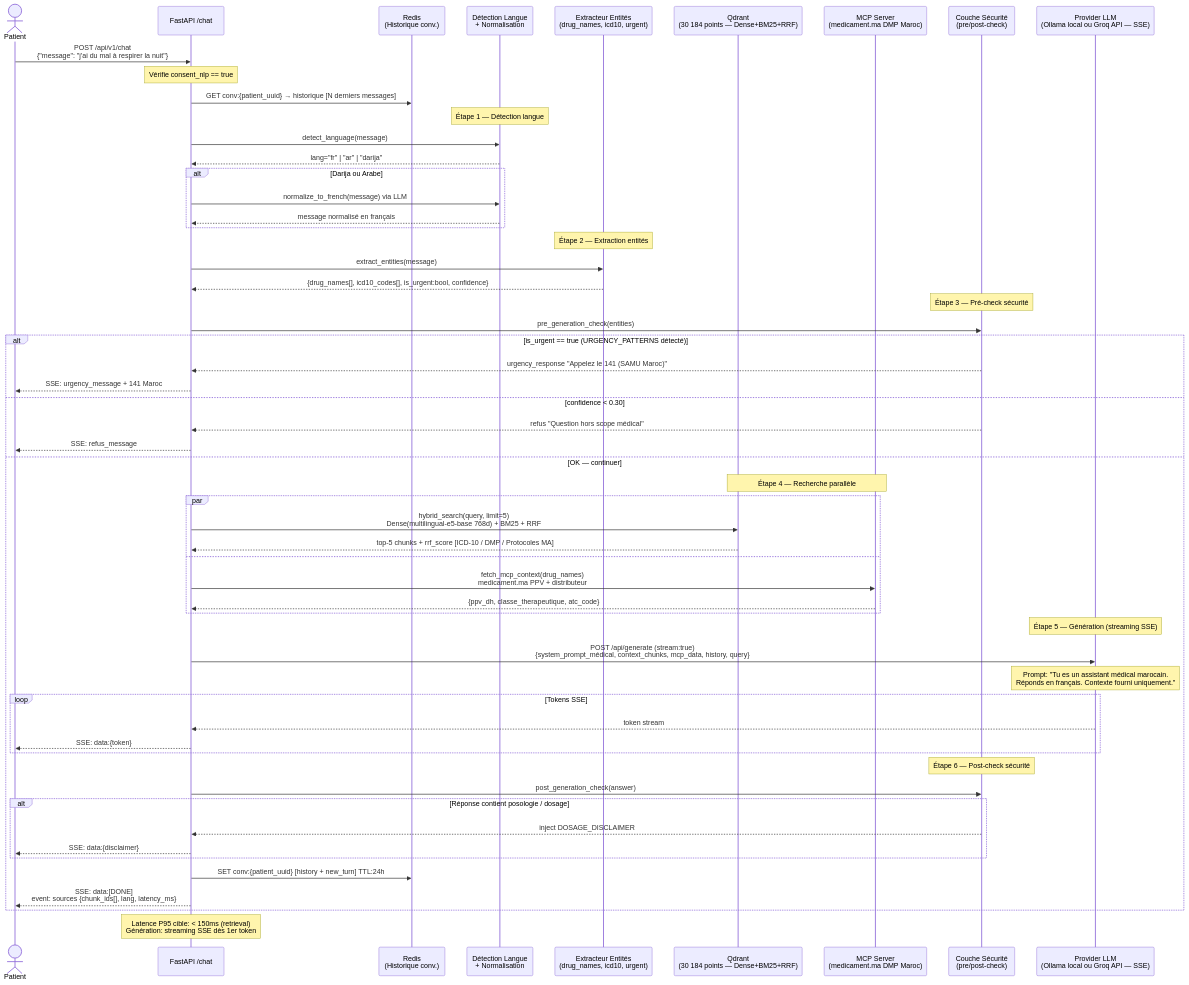
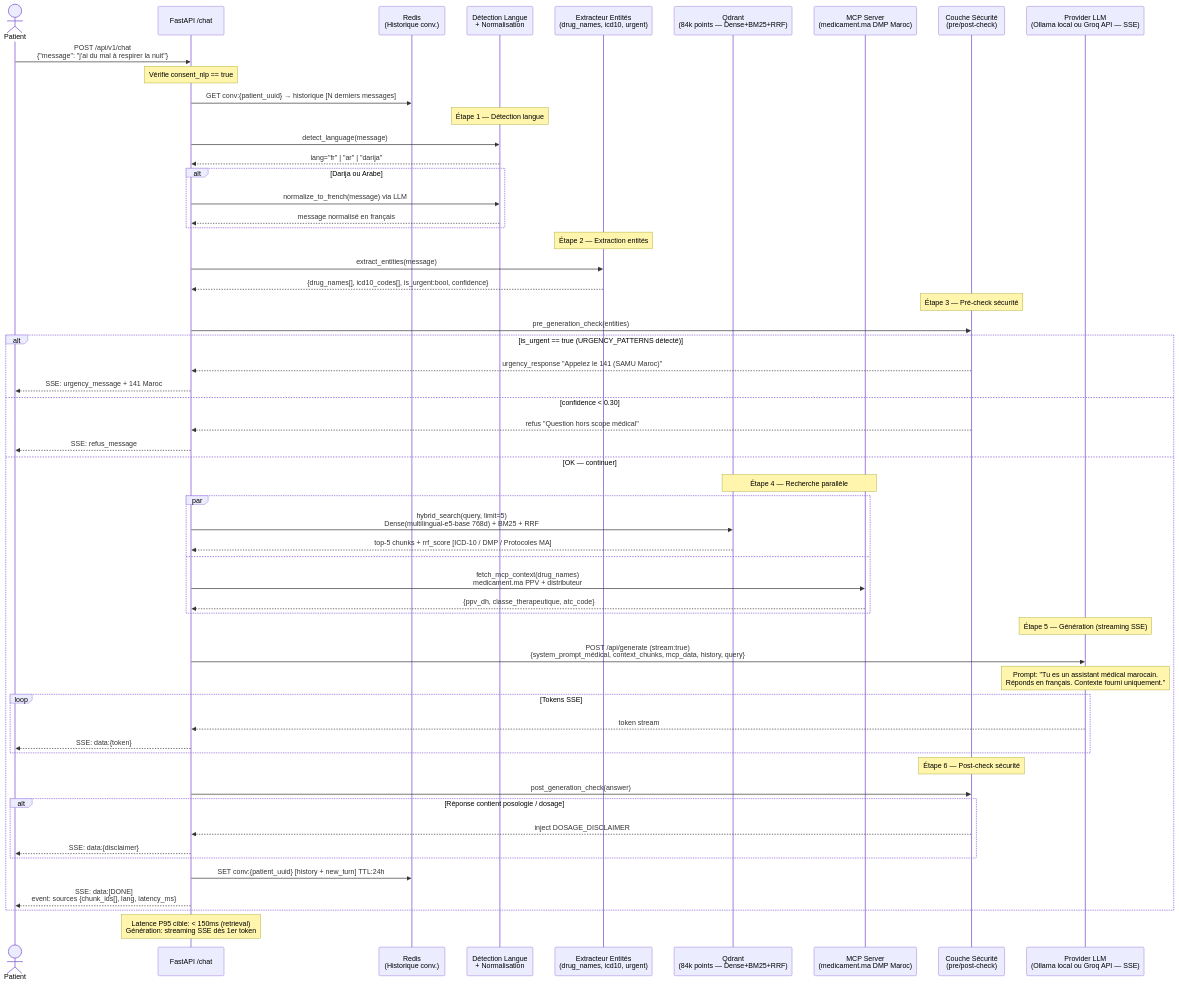
Before and after one commit to Boussyf0/MediSense-AI: diagram 19 of 32 in docs/DIAGRAMMES.md, drawn with Mermaid. The commit also changed other lines of this file and 3 other files, not shown here.

````diff
--- a/docs/DIAGRAMMES.md
+++ b/docs/DIAGRAMMES.md
@@ -824,67 +824,67 @@
 ```mermaid
 sequenceDiagram
     actor Patient
     participant API as FastAPI /chat
     participant REDIS as Redis<br/>(Historique conv.)
     participant LANG as Détection Langue<br/>+ Normalisation
     participant NLP as Extracteur Entités<br/>(drug_names, icd10, urgent)
-    participant QDR as Qdrant<br/>(30 184 points — Dense+BM25+RRF)
+    participant QDR as Qdrant<br/>(84k points — Dense+BM25+RRF)
     participant MCP as MCP Server<br/>(medicament.ma DMP Maroc)
     participant SAFE as Couche Sécurité<br/>(pre/post-check)
     participant LLM as Provider LLM<br/>(Ollama local ou Groq API — SSE)
 
     Patient->>API: POST /api/v1/chat<br/>{"message": "j'ai du mal à respirer la nuit"}
     Note over API: Vérifie consent_nlp == true
 
     API->>REDIS: GET conv:{patient_uuid} → historique [N derniers messages]
 
     Note over LANG: Étape 1 — Détection langue
     API->>LANG: detect_language(message)
     LANG-->>API: lang="fr" | "ar" | "darija"
     alt Darija ou Arabe
         API->>LANG: normalize_to_french(message) via LLM
         LANG-->>API: message normalisé en français
     end
 
     Note over NLP: Étape 2 — Extraction entités
     API->>NLP: extract_entities(message)
     NLP-->>API: {drug_names[], icd10_codes[], is_urgent:bool, confidence}
 
     Note over SAFE: Étape 3 — Pré-check sécurité
     API->>SAFE: pre_generation_check(entities)
     alt is_urgent == true (URGENCY_PATTERNS détecté)
         SAFE-->>API: urgency_response "Appelez le 141 (SAMU Maroc)"
         API-->>Patient: SSE: urgency_message + 141 Maroc
     else confidence < 0.30
         SAFE-->>API: refus "Question hors scope médical"
         API-->>Patient: SSE: refus_message
     else OK — continuer
         Note over QDR,MCP: Étape 4 — Recherche parallèle
         par
             API->>QDR: hybrid_search(query, limit=5)<br/>Dense(multilingual-e5-base 768d) + BM25 + RRF
             QDR-->>API: top-5 chunks + rrf_score [ICD-10 / DMP / Protocoles MA]
         and
             API->>MCP: fetch_mcp_context(drug_names)<br/>medicament.ma PPV + distributeur
             MCP-->>API: {ppv_dh, classe_therapeutique, atc_code}
         end
 
         Note over LLM: Étape 5 — Génération (streaming SSE)
         API->>LLM: POST /api/generate (stream:true)<br/>{system_prompt_médical, context_chunks, mcp_data, history, query}
         Note over LLM: Prompt: "Tu es un assistant médical marocain.<br/>Réponds en français. Contexte fourni uniquement."
         loop Tokens SSE
             LLM-->>API: token stream
             API-->>Patient: SSE: data:{token}
         end
 
         Note over SAFE: Étape 6 — Post-check sécurité
         API->>SAFE: post_generation_check(answer)
         alt Réponse contient posologie / dosage
             SAFE-->>API: inject DOSAGE_DISCLAIMER
             API-->>Patient: SSE: data:{disclaimer}
         end
 
         API->>REDIS: SET conv:{patient_uuid} [history + new_turn] TTL:24h
         API-->>Patient: SSE: data:[DONE]<br/>event: sources {chunk_ids[], lang, latency_ms}
     end
     Note over API: Latence P95 cible: < 150ms (retrieval)<br/>Génération: streaming SSE dès 1er token
 ```
````
